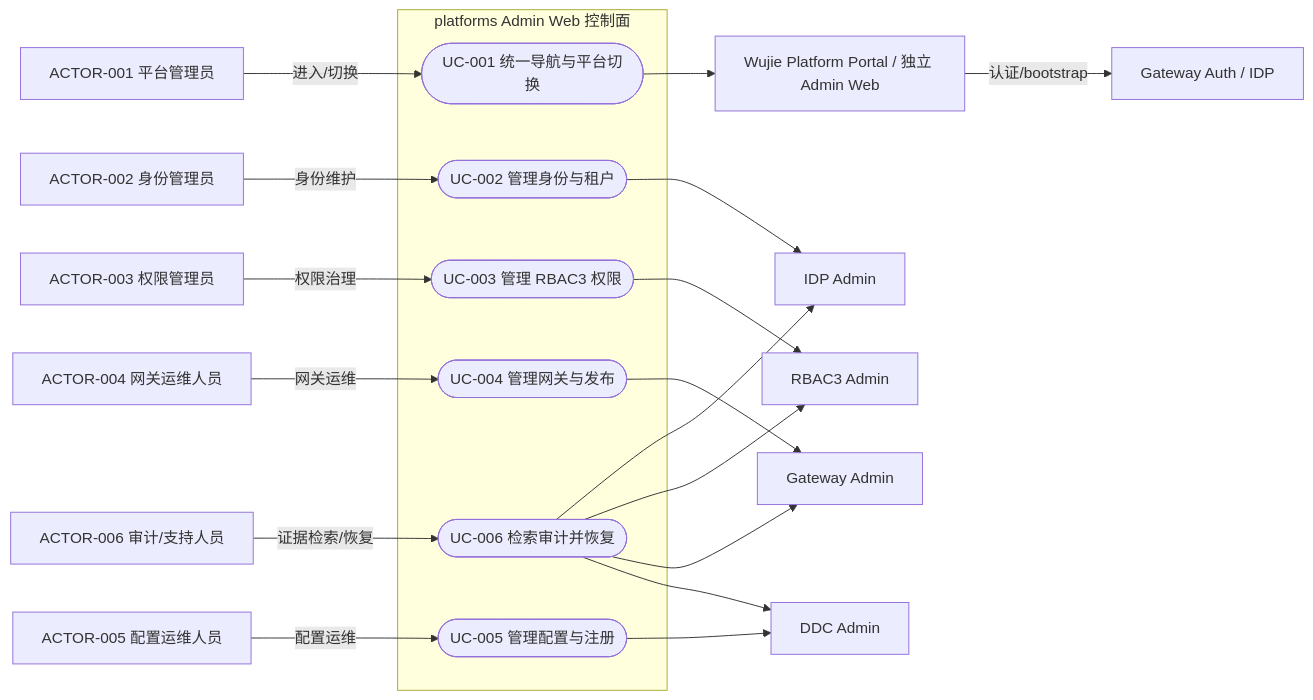
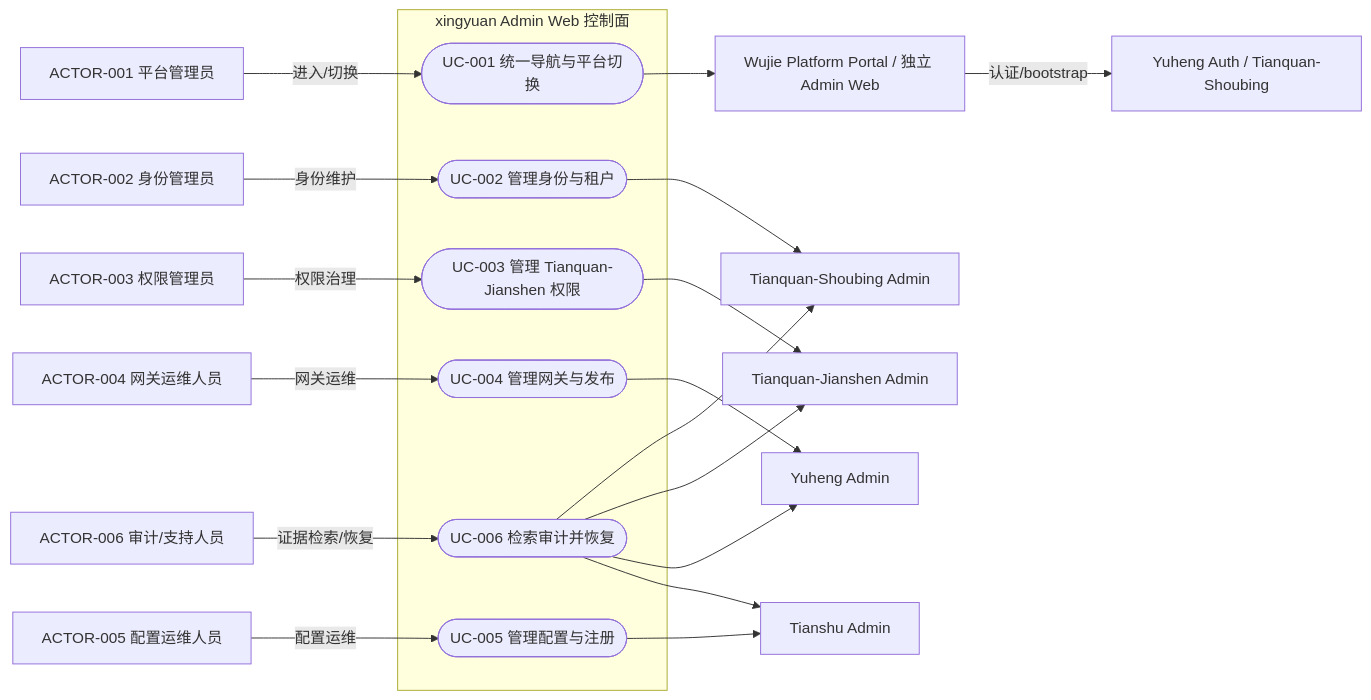
The first of 4 diagrams in docs/egon/spec/2026-08-27-08-09-platforms-web-enterprise-microfrontend.md (AllenDEricDAlexander/Egon-COLA), drawn with Mermaid before and after one commit. The commit also changed other lines of this file and 233 other files, not shown here.

````diff
--- a/docs/egon/spec/2026-08-27-08-09-platforms-web-enterprise-microfrontend.md
+++ b/docs/egon/spec/2026-08-27-08-09-platforms-web-enterprise-microfrontend.md
@@ -194,41 +194,41 @@
 ```mermaid
 flowchart LR
     A1["ACTOR-001 平台管理员"]
     A2["ACTOR-002 身份管理员"]
     A3["ACTOR-003 权限管理员"]
     A4["ACTOR-004 网关运维人员"]
     A5["ACTOR-005 配置运维人员"]
     A6["ACTOR-006 审计/支持人员"]
     Host["Wujie Platform Portal / 独立 Admin Web"]
-    Auth["Gateway Auth / IDP"]
-    IDP["IDP Admin"]
-    RBAC["RBAC3 Admin"]
-    GW["Gateway Admin"]
-    DDC["DDC Admin"]
+    Auth["Yuheng Auth / Tianquan-Shoubing"]
+    Tianquan-Shoubing["Tianquan-Shoubing Admin"]
+    RBAC["Tianquan-Jianshen Admin"]
+    GW["Yuheng Admin"]
+    Tianshu["Tianshu Admin"]
 
-    subgraph Scope["platforms Admin Web 控制面"]
+    subgraph Scope["xingyuan Admin Web 控制面"]
         UC001(["UC-001 统一导航与平台切换"])
         UC002(["UC-002 管理身份与租户"])
-        UC003(["UC-003 管理 RBAC3 权限"])
+        UC003(["UC-003 管理 Tianquan-Jianshen 权限"])
         UC004(["UC-004 管理网关与发布"])
         UC005(["UC-005 管理配置与注册"])
         UC006(["UC-006 检索审计并恢复"])
     end
 
     A1 -->|"进入/切换"| UC001
     A2 -->|"身份维护"| UC002
     A3 -->|"权限治理"| UC003
     A4 -->|"网关运维"| UC004
     A5 -->|"配置运维"| UC005
     A6 -->|"证据检索/恢复"| UC006
     UC001 --> Host
-    UC002 --> IDP
+    UC002 --> Tianquan-Shoubing
     UC003 --> RBAC
     UC004 --> GW
-    UC005 --> DDC
-    UC006 --> IDP
+    UC005 --> Tianshu
+    UC006 --> Tianquan-Shoubing
     UC006 --> RBAC
     UC006 --> GW
-    UC006 --> DDC
+    UC006 --> Tianshu
     Host -->|"认证/bootstrap"| Auth
 ```
````
